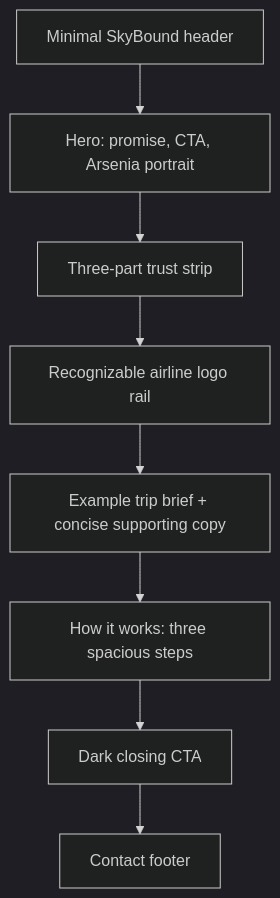
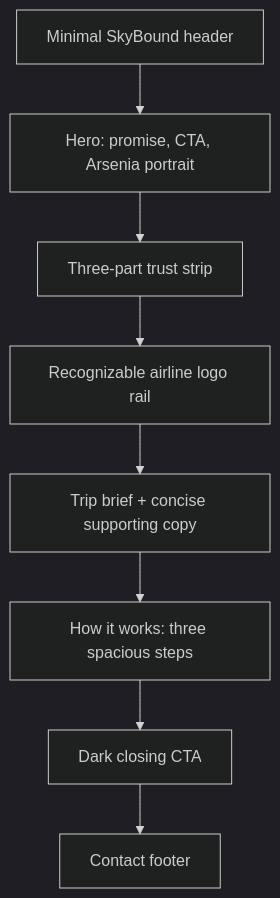
One commit to Zellith/arsenia-balinario-website changed the diagram in docs/superpowers/specs/2026-07-31-editorial-concierge-redesign.md. Above: the diagram before and after it, drawn with Mermaid (dark theme). The commit also changed other lines of this file and 3 other files, not shown here.

Commit message:
refine trip brief presentation

````diff
--- a/docs/superpowers/specs/2026-07-31-editorial-concierge-redesign.md
+++ b/docs/superpowers/specs/2026-07-31-editorial-concierge-redesign.md
@@ -28,10 +28,10 @@
 ```mermaid
 flowchart TD
     A[Minimal SkyBound header] --> B[Hero: promise, CTA, Arsenia portrait]
     B --> C[Three-part trust strip]
     C --> D[Recognizable airline logo rail]
-    D --> E[Example trip brief + concise supporting copy]
+    D --> E[Trip brief + concise supporting copy]
     E --> F[How it works: three spacious steps]
     F --> G[Dark closing CTA]
     G --> H[Contact footer]
 ```
````
